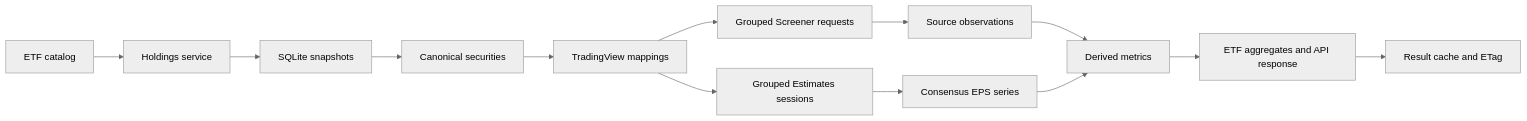
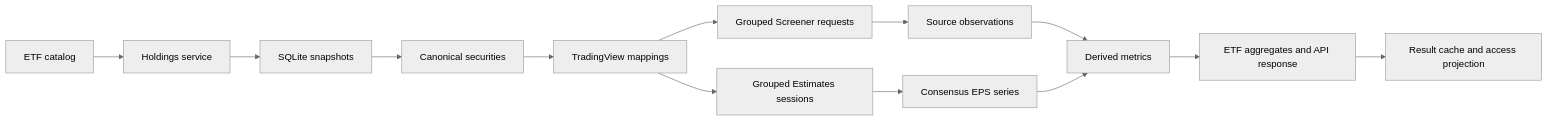
Before and after one commit to Nejilu/weightings-analytics: the diagram in docs/architecture.md, drawn with Mermaid (neutral theme). The commit also changed other lines of this file and 5 other files, not shown here.

````diff
--- a/docs/architecture.md
+++ b/docs/architecture.md
@@ -9,15 +9,15 @@
 ```mermaid
 flowchart LR
   A[ETF catalog] --> B[Holdings service]
   B --> C[SQLite snapshots]
   C --> D[Canonical securities]
   D --> E[TradingView mappings]
   E --> F[Grouped Screener requests]
   E --> G[Grouped Estimates sessions]
   F --> H[Source observations]
   G --> I[Consensus EPS series]
   H --> J[Derived metrics]
   I --> J
   J --> K[ETF aggregates and API response]
-  K --> L[Result cache and ETag]
+  K --> L[Result cache and access projection]
 ```
````
